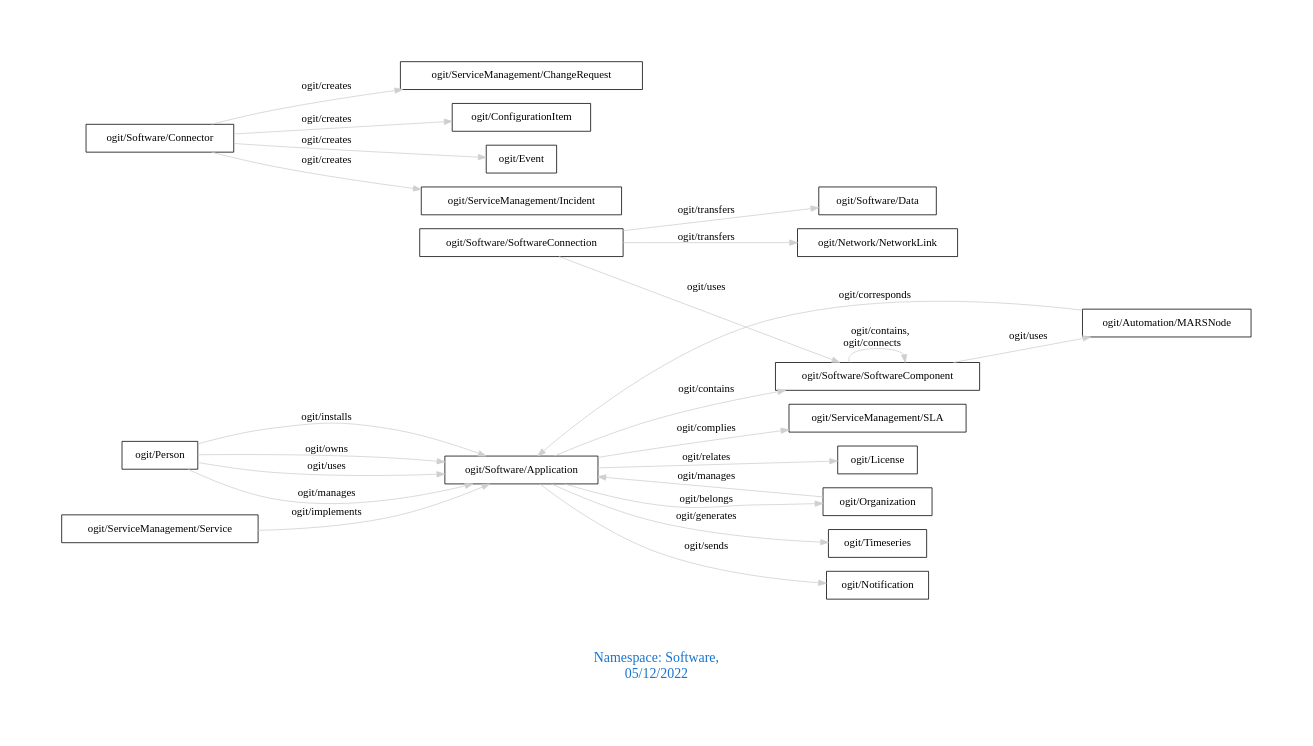
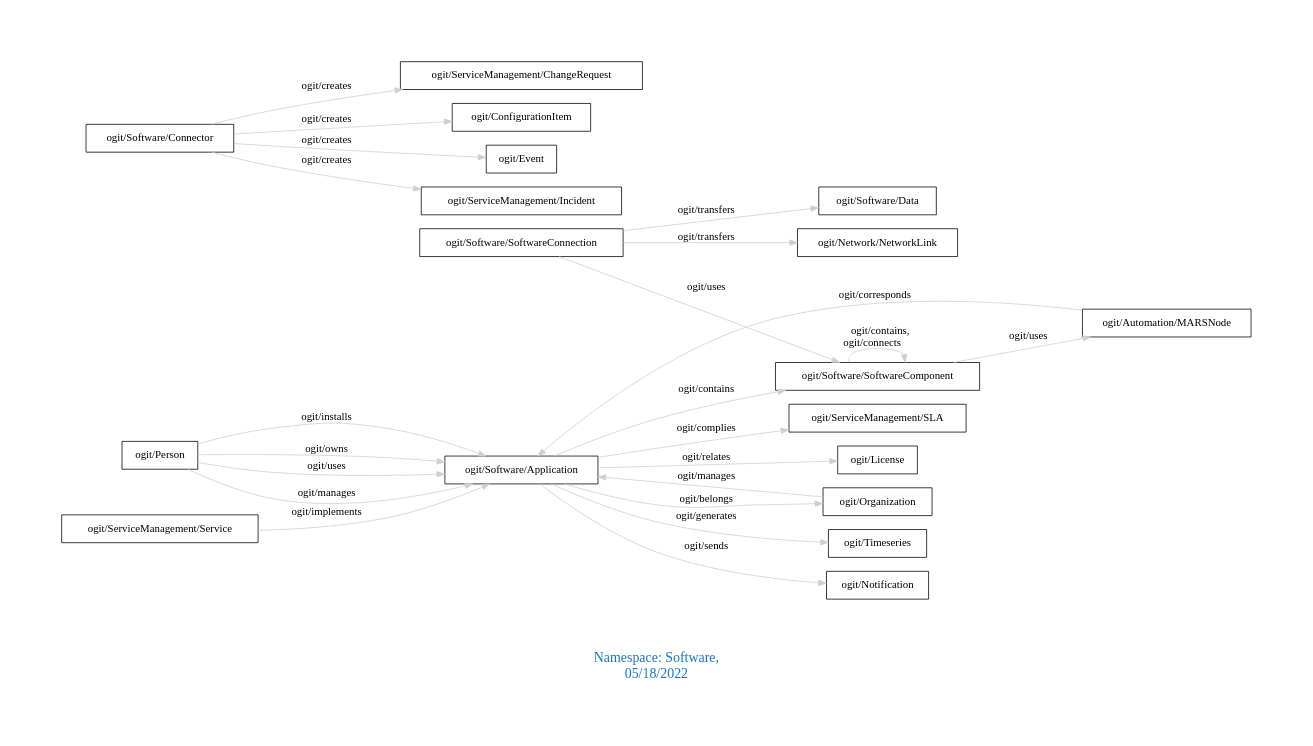
The diagram in downloads/Software.dot (arago/OGIT), drawn with Graphviz before and after one commit. The commit also changed 1927 other files, not shown here.

```diff
--- a/downloads/Software.dot
+++ b/downloads/Software.dot
@@ -1,30 +1,30 @@
 digraph OGIT_ontology {
  graph [ rankdir= LR,pad=1 
 fontsize = 18,
-fontcolor= dodgerblue3,label = "\n\n\nNamespace: Software, \n 05/12/2022"];
+fontcolor= dodgerblue3,label = "\n\n\nNamespace: Software, \n 05/18/2022"];
 node[shape=polygon];
 edge [  color="gray81"];
 
    "ogit/Software/Application" -> "ogit/Software/SoftwareComponent" [label="   ogit/contains    "];
    "ogit/Organization" -> "ogit/Software/Application" [label="   ogit/manages    "];
    "ogit/Person" -> "ogit/Software/Application" [label="   ogit/manages    "];
    "ogit/Software/Application" -> "ogit/Timeseries" [label="   ogit/generates    "];
    "ogit/Software/Application" -> "ogit/Notification" [label="   ogit/sends    "];
    "ogit/Software/Connector" -> "ogit/ServiceManagement/ChangeRequest" [label="   ogit/creates    "];
    "ogit/Software/Connector" -> "ogit/ConfigurationItem" [label="   ogit/creates    "];
    "ogit/Software/Connector" -> "ogit/Event" [label="   ogit/creates    "];
    "ogit/Software/Connector" -> "ogit/ServiceManagement/Incident" [label="   ogit/creates    "];
    "ogit/Software/Application" -> "ogit/ServiceManagement/SLA" [label="   ogit/complies    "];
    "ogit/Automation/MARSNode" -> "ogit/Software/Application" [label="   ogit/corresponds    "];
    "ogit/Person" -> "ogit/Software/Application" [label="   ogit/installs    "];
    "ogit/Software/SoftwareConnection" -> "ogit/Software/Data" [label="   ogit/transfers    "];
    "ogit/Software/SoftwareConnection" -> "ogit/Network/NetworkLink" [label="   ogit/transfers    "];
    "ogit/ServiceManagement/Service" -> "ogit/Software/Application" [label="   ogit/implements    "];
    "ogit/Person" -> "ogit/Software/Application" [label="   ogit/owns    "];
    "ogit/Software/Application" -> "ogit/Organization" [label="   ogit/belongs    "];
    "ogit/Software/SoftwareComponent" -> "ogit/Automation/MARSNode" [label="   ogit/uses    "];
    "ogit/Software/SoftwareConnection" -> "ogit/Software/SoftwareComponent" [label="   ogit/uses    "];
    "ogit/Person" -> "ogit/Software/Application" [label="   ogit/uses    "];
    "ogit/Software/Application" -> "ogit/License" [label="   ogit/relates    "];
    "ogit/Software/SoftwareComponent" -> "ogit/Software/SoftwareComponent" [label="   ogit/contains, \n ogit/connects    "];
 }
```
